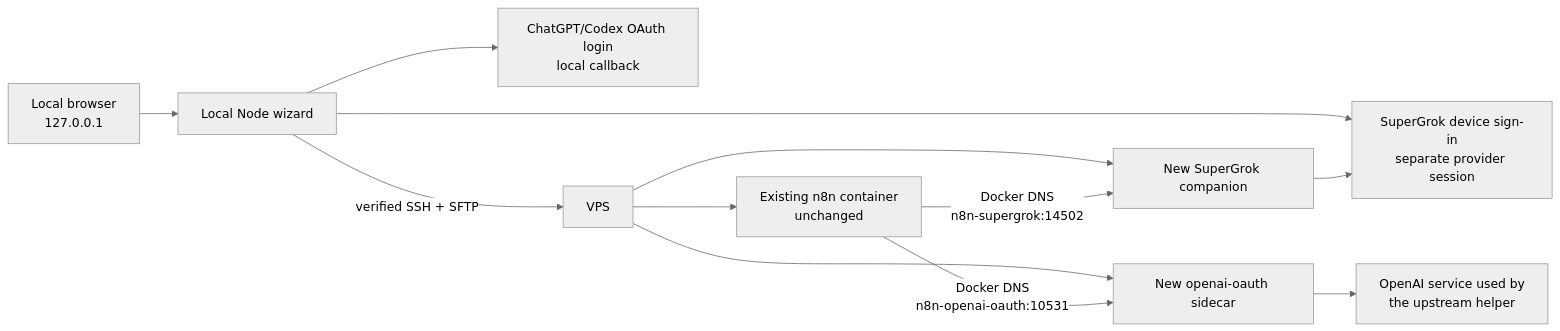
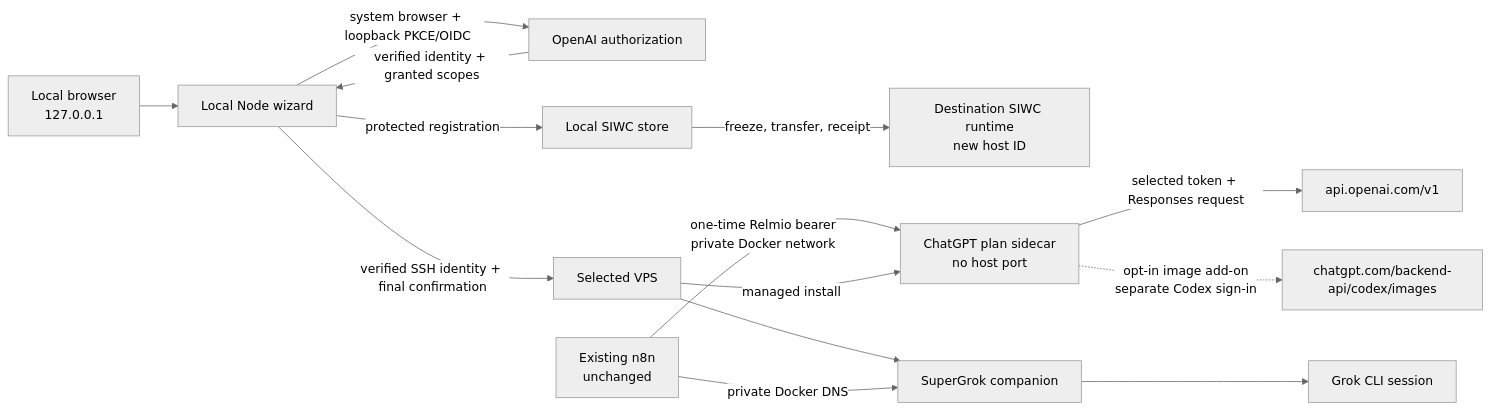
One commit to Demonbane18/relmio changed the first of 2 diagrams in docs/architecture.md. Above: the diagram before and after it, drawn with Mermaid (neutral theme). The commit also changed other lines of this file and 158 other files, not shown here.

First line of the commit message:
Release v0.19.0: setup guide, Plan and usage, documented ChatGPT sign-in (#103)

````diff
--- a/docs/architecture.md
+++ b/docs/architecture.md
@@ -10,14 +11,16 @@
 ```mermaid
 flowchart LR
   B["Local browser<br>127.0.0.1"] --> W["Local Node wizard"]
-  W --> O["ChatGPT/Codex OAuth login<br>local callback"]
-  W --> G["SuperGrok device sign-in<br>separate provider session"]
-  W -->|verified SSH + SFTP| V["VPS"]
-  V --> N["Existing n8n container<br>unchanged"]
-  V --> S["New openai-oauth sidecar"]
-  N -->|Docker DNS<br>n8n-openai-oauth:10531| S
-  S --> C["OpenAI service used by<br>the upstream helper"]
-  V --> Q["New SuperGrok companion"]
-  N -->|"Docker DNS<br>n8n-supergrok:14502"| Q
-  Q --> G
+  W -->|"system browser + loopback PKCE/OIDC"| A["OpenAI authorization"]
+  A -->|"verified identity + granted scopes"| W
+  W -->|"protected registration"| L["Local SIWC store"]
+  W -->|"verified SSH identity + final confirmation"| V["Selected VPS"]
+  L -->|"freeze, transfer, receipt"| R["Destination SIWC runtime<br>new host ID"]
+  N["Existing n8n<br>unchanged"] -->|"one-time Relmio bearer<br>private Docker network"| S["ChatGPT plan sidecar<br>no host port"]
+  S -->|"selected token + Responses request"| O["api.openai.com/v1"]
+  S -.->|"opt-in image add-on<br>separate Codex sign-in"| I["chatgpt.com/backend-api/codex/images"]
+  V -->|"managed install"| S
+  V --> Q["SuperGrok companion"]
+  N -->|"private Docker DNS"| Q
+  Q --> X["Grok CLI session"]
 ```
````
